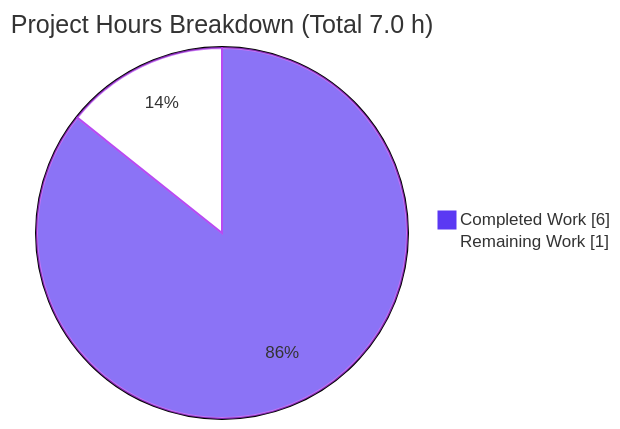
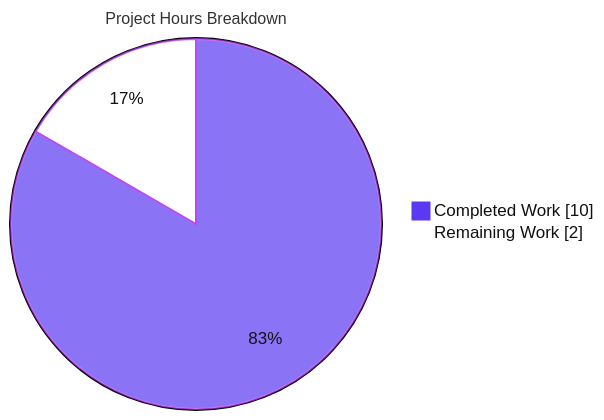
Before and after one commit to Sandeep01Kumar/05-jan-existing-projects-qa-test-4: the second of 2 diagrams in blitzy/documentation/Project Guide.md, drawn with Mermaid. The commit also changed other lines of this file, not shown here.

Commit message:
Adding Blitzy Project Guide: Project Status and Human Tasks Remaining

````diff
--- a/blitzy/documentation/Project Guide.md
+++ b/blitzy/documentation/Project Guide.md
@@ -190,6 +178,7 @@
 ```mermaid
-%%{init: {'theme':'base', 'themeVariables': {'pie1':'#5B39F3','pie2':'#FFFFFF','pieStrokeColor':'#B23AF2','pieStrokeWidth':'2px'}}}%%
-pie showData title Project Hours Breakdown (Total 7.0 h)
-    "Completed Work" : 6.0
-    "Remaining Work" : 1.0
+%%{init: {'theme':'base','themeVariables':{'pie1':'#5B39F3','pie2':'#FFFFFF','pieStrokeColor':'#B23AF2','pieStrokeWidth':'2px','pieOuterStrokeWidth':'2px','pieTitleTextSize':'16px','pieSectionTextColor':'#111111','pieLegendTextColor':'#111111'}}}%%
+pie showData
+    title Project Hours Breakdown
+    "Completed Work" : 10
+    "Remaining Work" : 2
 ```
````
